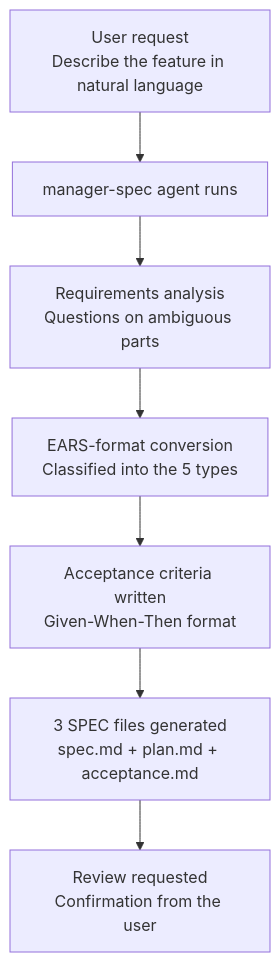
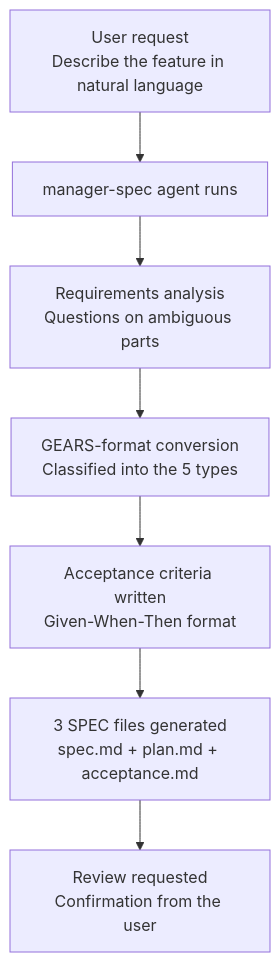
Before and after one commit to modu-ai/moai-adk: the fourth of 5 diagrams in docs-site/content/en/core-concepts/spec-based-dev.md, drawn with Mermaid. The commit also changed other lines of this file and 42 other files, not shown here.

````diff
--- a/docs-site/content/en/core-concepts/spec-based-dev.md
+++ b/docs-site/content/en/core-concepts/spec-based-dev.md
@@ -353,9 +364,9 @@
 ```mermaid
 flowchart TD
     A["User request\nDescribe the feature in natural language"] --> B["manager-spec agent runs"]
     B --> C["Requirements analysis\nQuestions on ambiguous parts"]
-    C --> D["EARS-format conversion\nClassified into the 5 types"]
+    C --> D["GEARS-format conversion\nClassified into the 5 types"]
     D --> E["Acceptance criteria written\nGiven-When-Then format"]
     E --> F["3 SPEC files generated\nspec.md + plan.md + acceptance.md"]
     F --> G["Review requested\nConfirmation from the user"]
 ```
````
